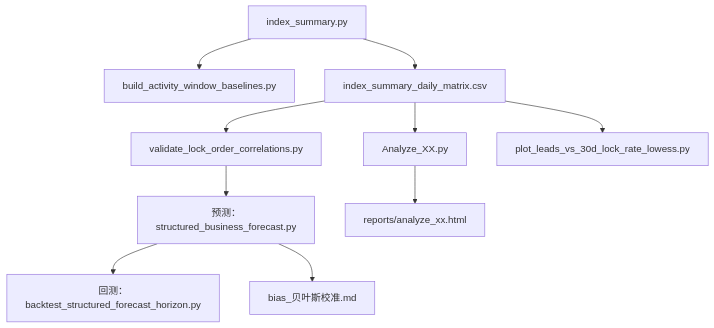
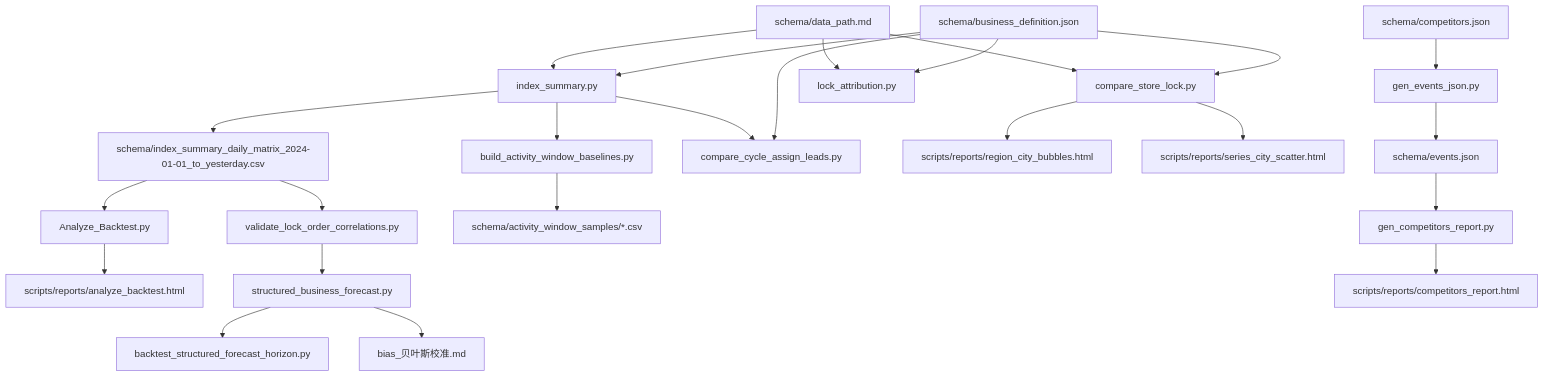
One commit to zhangzihaoDT/AnaAssistant changed the diagram in scripts/脚本说明.md. Above: the diagram before and after it, drawn with Mermaid. The commit also changed other lines of this file and 14 other files, not shown here.

````diff
--- a/scripts/脚本说明.md
+++ b/scripts/脚本说明.md
@@ -11,12 +35,33 @@
 ```mermaid
-flowchart
-  index_summary[index_summary.py] --> build_activity_window_baselines[build_activity_window_baselines.py]
-  index_summary --> index_summary_daily_matrix[index_summary_daily_matrix.csv]
-  index_summary_daily_matrix --> analyze_xx[Analyze_XX.py]
-  index_summary_daily_matrix --> validate_lock_order_correlations[validate_lock_order_correlations.py]
-  index_summary_daily_matrix --> plot_lowess[plot_leads_vs_30d_lock_rate_lowess.py]
-  validate_lock_order_correlations --> structured_business_forecast[预测：structured_business_forecast.py]
-  structured_business_forecast --> backtest_structured_forecast_horizon[回测：backtest_structured_forecast_horizon.py]
-  structured_business_forecast --> bayes_bias_doc[bias_贝叶斯校准.md]
-  analyze_xx --> analyze_report[reports/analyze_xx.html]
+flowchart TB
+  data_path[schema/data_path.md] --> index_summary[index_summary.py]
+  business_def[schema/business_definition.json] --> index_summary
+  index_summary --> daily_matrix[schema/index_summary_daily_matrix_2024-01-01_to_yesterday.csv]
+
+  daily_matrix --> analyze_backtest[Analyze_Backtest.py]
+  analyze_backtest --> analyze_report[scripts/reports/analyze_backtest.html]
+
+  daily_matrix --> validate_corr[validate_lock_order_correlations.py]
+  validate_corr --> structured_fc[structured_business_forecast.py]
+  structured_fc --> horizon_bt[backtest_structured_forecast_horizon.py]
+  structured_fc --> bayes_doc[bias_贝叶斯校准.md]
+
+  index_summary --> activity_samples[build_activity_window_baselines.py]
+  activity_samples --> activity_csv[schema/activity_window_samples/*.csv]
+
+  index_summary --> compare_cycle[compare_cycle_assign_leads.py]
+  business_def --> compare_cycle
+
+  data_path --> compare_store_lock[compare_store_lock.py]
+  business_def --> compare_store_lock
+  compare_store_lock --> region_city_bubbles[scripts/reports/region_city_bubbles.html]
+  compare_store_lock --> series_city_scatter[scripts/reports/series_city_scatter.html]
+
+  data_path --> lock_attr[lock_attribution.py]
+  business_def --> lock_attr
+
+  competitors[schema/competitors.json] --> gen_events[gen_events_json.py]
+  gen_events --> events[schema/events.json]
+  events --> gen_report[gen_competitors_report.py]
+  gen_report --> competitors_report[scripts/reports/competitors_report.html]
 ```
````
